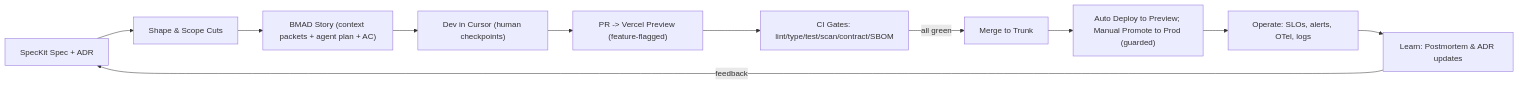
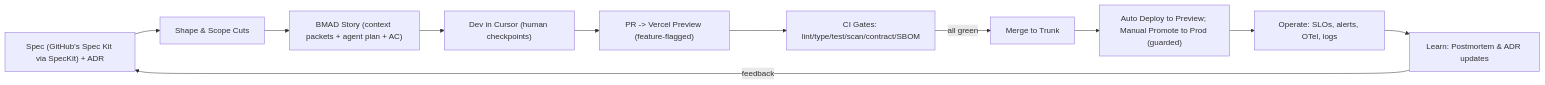
Before and after one commit to jamesryancooper/octon: the first of 2 diagrams in docs/handbook/methodology/README.md, drawn with Mermaid. The commit also changed other lines of this file and 132 other files, not shown here.

````diff
--- a/docs/handbook/methodology/README.md
+++ b/docs/handbook/methodology/README.md
@@ -234,13 +283,13 @@
 ```mermaid
 flowchart LR
-  A["SpecKit Spec + ADR"] --> B[Shape & Scope Cuts]
+  A["Spec (GitHub’s Spec Kit via SpecKit) + ADR"] --> B[Shape & Scope Cuts]
   B --> C["BMAD Story (context packets + agent plan + AC)"]
   C --> D["Dev in Cursor (human checkpoints)"]
   D --> E["PR -> Vercel Preview (feature-flagged)"]
   E --> F[CI Gates: lint/type/test/scan/contract/SBOM]
   F -->|all green| G[Merge to Trunk]
   G --> H["Auto Deploy to Preview; Manual Promote to Prod (guarded)"]
   H --> I[Operate: SLOs, alerts, OTel, logs]
   I --> J[Learn: Postmortem & ADR updates]
   J -->|feedback| A
 ```
````
